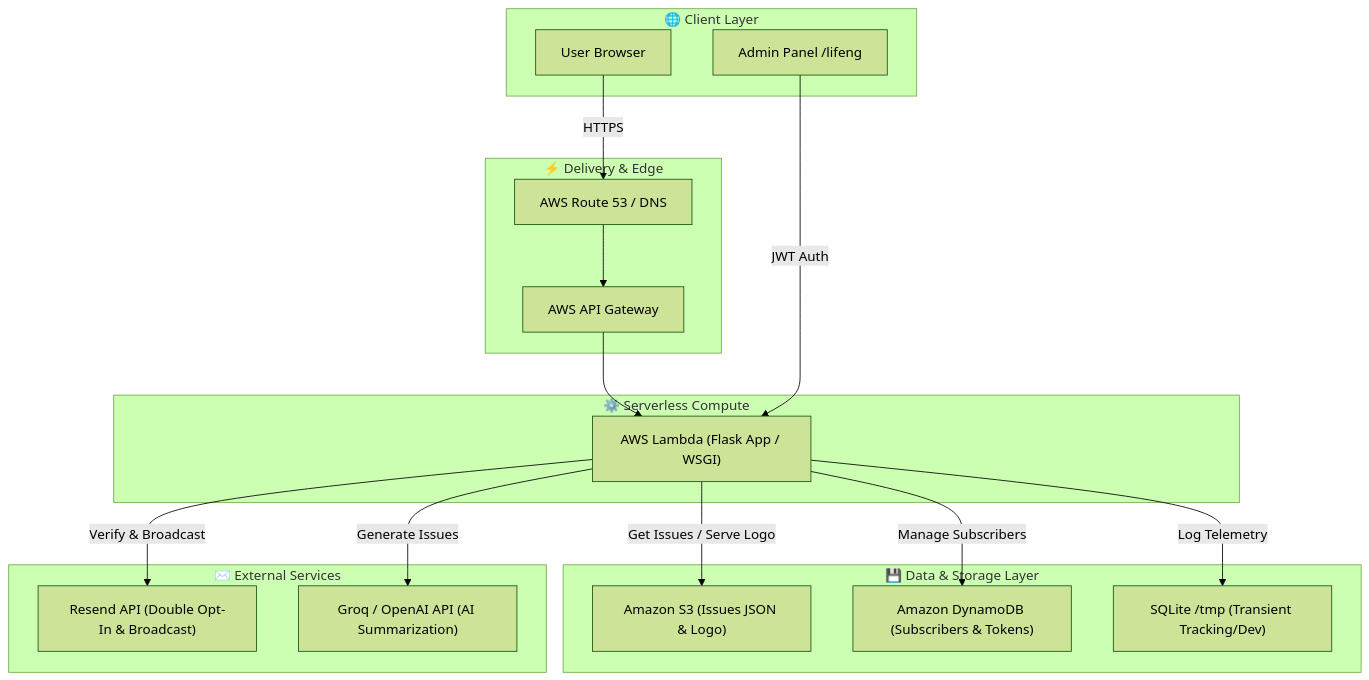
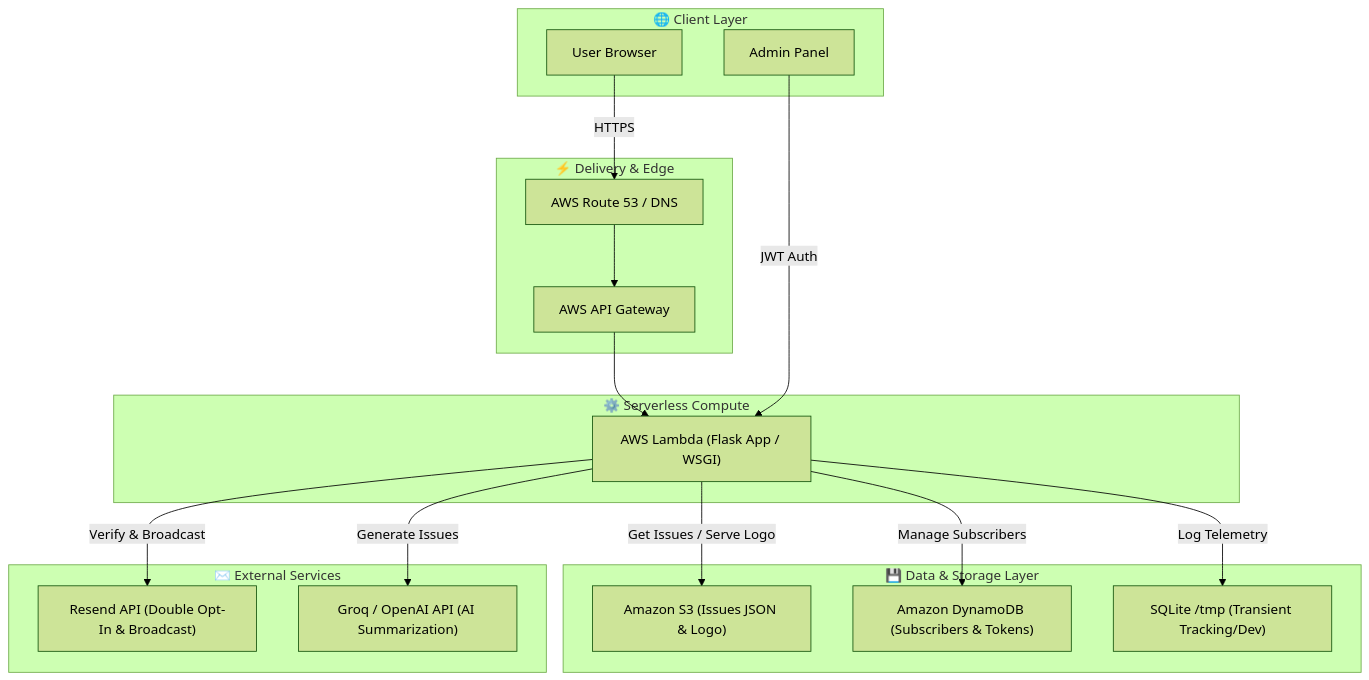
One commit to err0rgod/zeroday changed the diagram in README.md. Above: the diagram before and after it, drawn with Mermaid (forest theme). The commit also changed other lines of this file, not shown here.

Commit message:
docs: Remove local setup instructions and hide specific admin URL path

````diff
--- a/README.md
+++ b/README.md
@@ -16,39 +16,39 @@
 ```mermaid
 flowchart TD
     subgraph Client ["🌐 Client Layer"]
         User["User Browser"]
-        Admin["Admin Panel /lifeng"]
+        Admin["Admin Panel"]
     end
 
     subgraph CDN ["⚡ Delivery & Edge"]
         Route53["AWS Route 53 / DNS"]
         APIGateway["AWS API Gateway"]
     end
 
     subgraph Compute ["⚙️ Serverless Compute"]
         Lambda["AWS Lambda (Flask App / WSGI)"]
     end
 
     subgraph Storage ["💾 Data & Storage Layer"]
         S3["Amazon S3 (Issues JSON & Logo)"]
         Dynamo["Amazon DynamoDB (Subscribers & Tokens)"]
         SQLite["SQLite /tmp (Transient Tracking/Dev)"]
     end
 
     subgraph External ["✉️ External Services"]
         Resend["Resend API (Double Opt-In & Broadcast)"]
         LLM["Groq / OpenAI API (AI Summarization)"]
     end
 
     User -->|HTTPS| Route53
     Route53 --> APIGateway
     APIGateway --> Lambda
     Admin -->|JWT Auth| Lambda
     
     Lambda -->|Get Issues / Serve Logo| S3
     Lambda -->|Manage Subscribers| Dynamo
     Lambda -->|Log Telemetry| SQLite
     
     Lambda -->|Verify & Broadcast| Resend
     Lambda -->|Generate Issues| LLM
 ```
````
